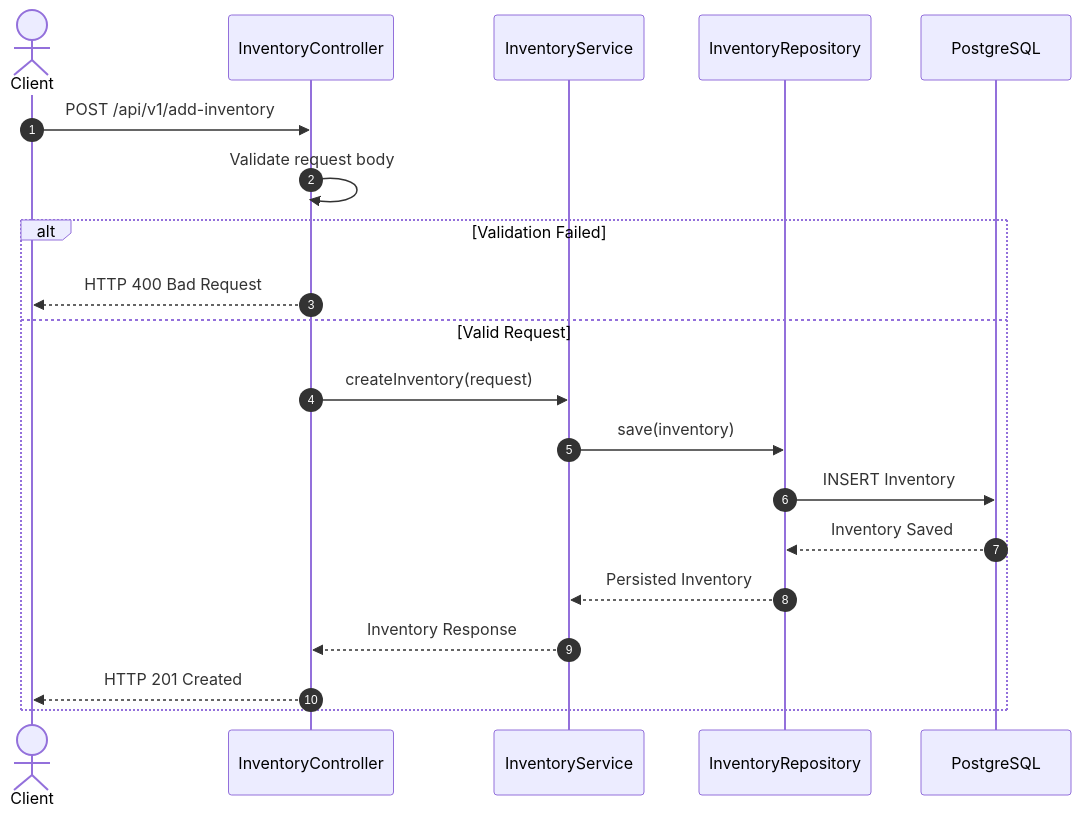
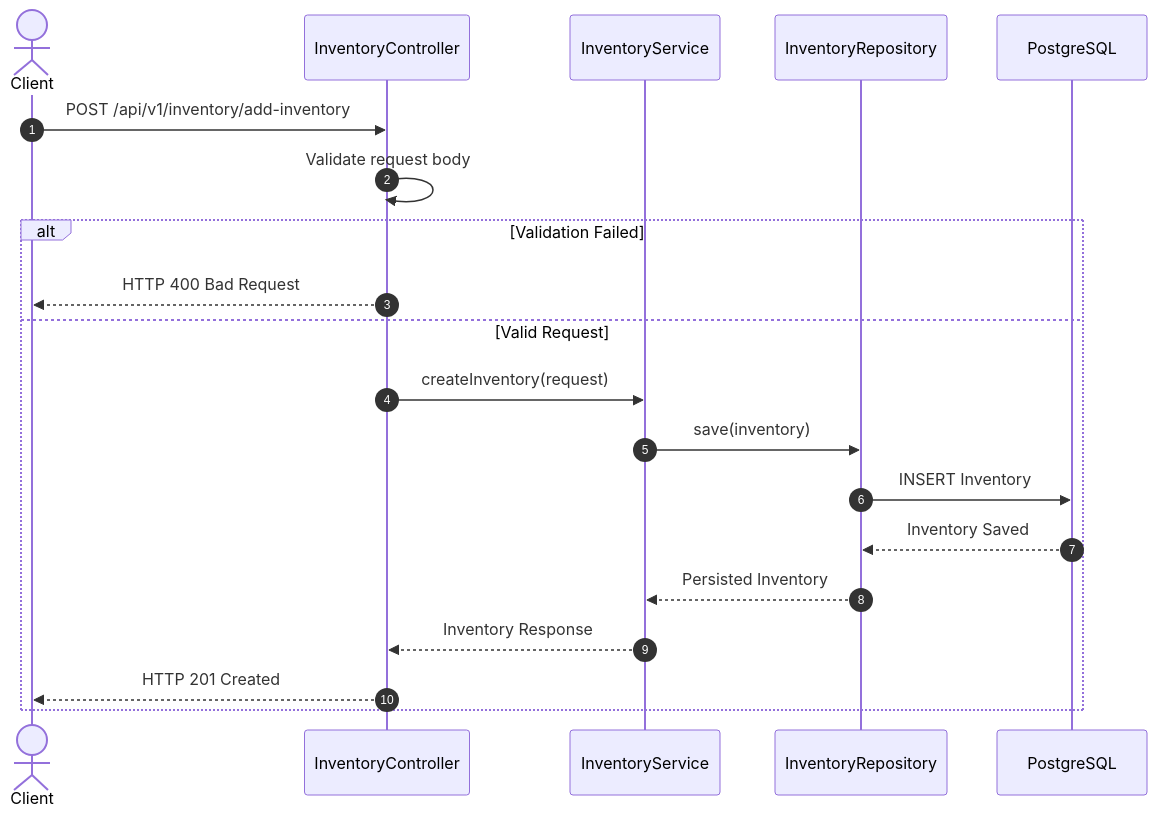
The second of 3 diagrams in README.md (chaitanya-naralasetti-19/inventory-management-service), drawn with Mermaid before and after one commit. The commit also changed other lines of this file and 15 other files, not shown here.

````diff
--- a/README.md
+++ b/README.md
@@ -57,32 +57,32 @@
 ```mermaid
 sequenceDiagram
     autonumber
 
     actor Client
     participant Controller as InventoryController
     participant Service as InventoryService
     participant Repo as InventoryRepository
     participant DB as PostgreSQL
 
-    Client->>Controller: POST /api/v1/add-inventory
+    Client->>Controller: POST /api/v1/inventory/add-inventory
 
     Controller->>Controller: Validate request body
 
     alt Validation Failed
         Controller-->>Client: HTTP 400 Bad Request
     else Valid Request
         Controller->>Service: createInventory(request)
 
         Service->>Repo: save(inventory)
 
         Repo->>DB: INSERT Inventory
 
         DB-->>Repo: Inventory Saved
 
         Repo-->>Service: Persisted Inventory
 
         Service-->>Controller: Inventory Response
 
         Controller-->>Client: HTTP 201 Created
     end
 ```
````
